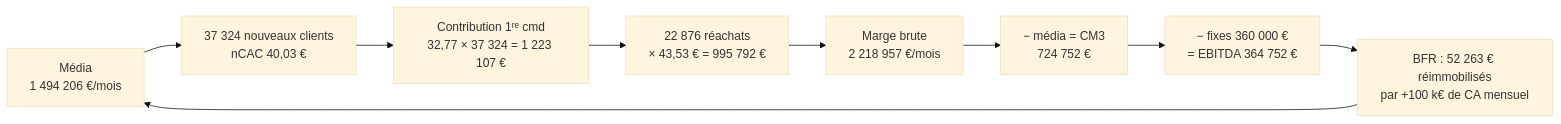
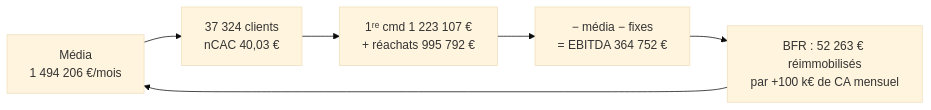
One commit to emre8944-lab/Claude-Code changed the diagram in ecommerce/modules/E00-cadrage.md. Above: the diagram before and after it, drawn with Mermaid (base theme). The commit also changed other lines of this file and 2 other files, not shown here.

````diff
--- a/ecommerce/modules/E00-cadrage.md
+++ b/ecommerce/modules/E00-cadrage.md
@@ -174,11 +175,8 @@
 ```mermaid
 flowchart LR
-  K["Média<br/>1 494 206 €/mois"] --> N["37 324 nouveaux clients<br/>nCAC 40,03 €"]
-  N --> C1["Contribution 1ʳᵉ cmd<br/>32,77 × 37 324 = 1 223 107 €"]
-  C1 --> R["22 876 réachats<br/>× 43,53 € = 995 792 €"]
-  R --> CM2["Marge brute<br/>2 218 957 €/mois"]
-  CM2 --> CM3["− média = CM3<br/>724 752 €"]
-  CM3 --> E["− fixes 360 000 €<br/>= EBITDA 364 752 €"]
-  E --> BFR["BFR : 52 263 € réimmobilisés<br/>par +100 k€ de CA mensuel"]
-  BFR --> K
+  K["Média<br/>1 494 206 €/mois"] --> N["37 324 clients<br/>nCAC 40,03 €"]
+  N --> C["1ʳᵉ cmd 1 223 107 €<br/>+ réachats 995 792 €"]
+  C --> E["− média − fixes<br/>= EBITDA 364 752 €"]
+  E --> B["BFR : 52 263 € réimmobilisés<br/>par +100 k€ de CA mensuel"]
+  B --> K
 ```
````
